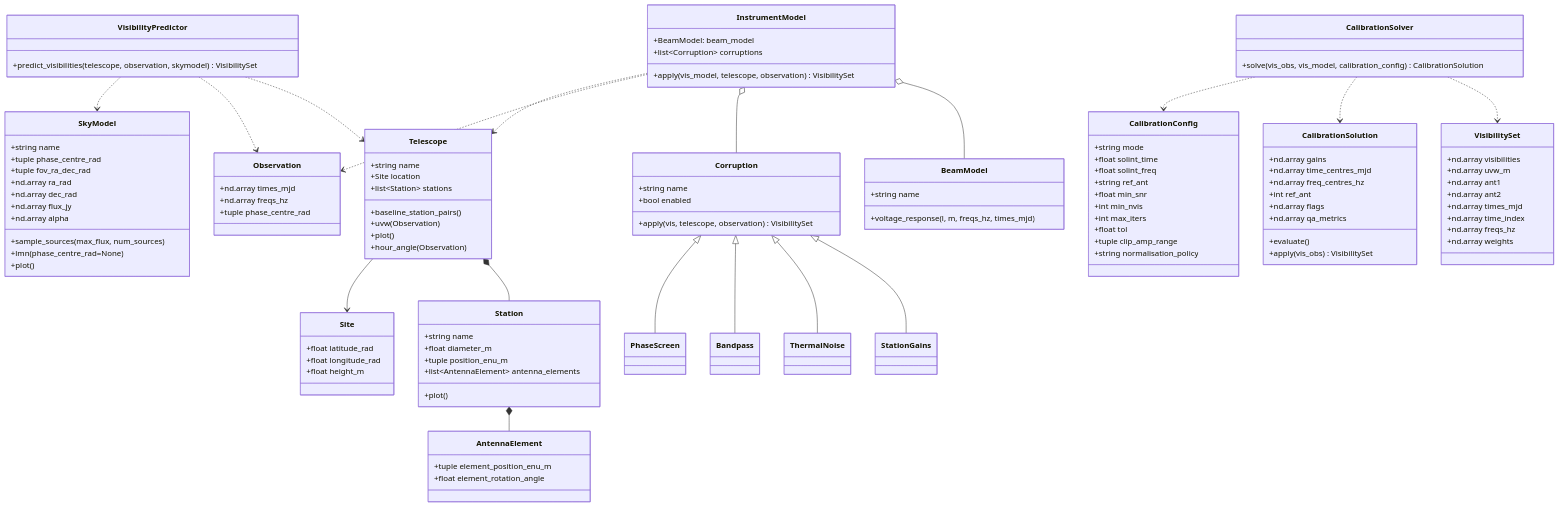
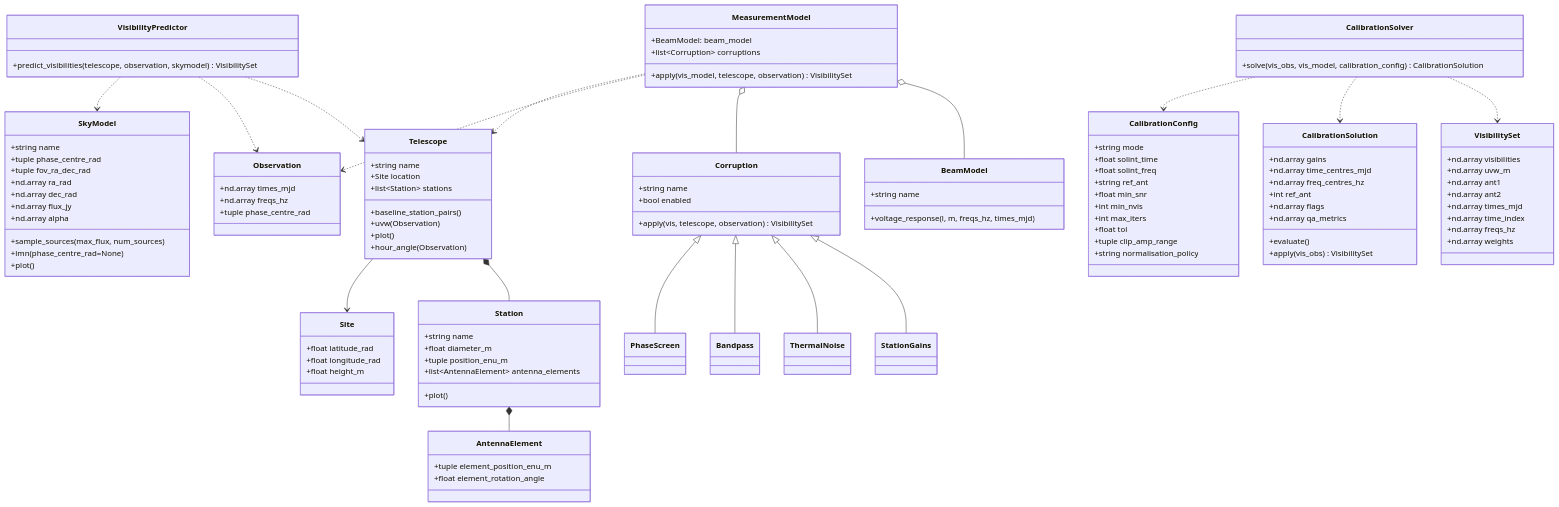
One commit to gemmadanks/radio-astronomy-playground changed the diagram in docs/architecture/diagrams/class-diagram.md. Above: the diagram before and after it, drawn with Mermaid. The commit also changed other lines of this file and 2 other files, not shown here.

Commit message:
docs: add domain concept for measurement model

```diff
--- a/docs/architecture/diagrams/class-diagram.md
+++ b/docs/architecture/diagrams/class-diagram.md
@@ -38,8 +38,8 @@
     VisibilityPredictor ..> Observation
     VisibilityPredictor ..> SkyModel
 
-    InstrumentModel o-- BeamModel
-    InstrumentModel o-- Corruption
+    MeasurementModel o-- BeamModel
+    MeasurementModel o-- Corruption
 
     Corruption <|-- StationGains
     Corruption <|-- ThermalNoise
@@ -50,8 +50,8 @@
     CalibrationSolver ..> CalibrationSolution
     CalibrationSolver ..> CalibrationConfig
 
-    InstrumentModel ..> Observation
-    InstrumentModel ..> Telescope
+    MeasurementModel ..> Observation
+    MeasurementModel ..> Telescope
 
     class Telescope{
         +string name
@@ -145,7 +145,7 @@
         +apply(vis_obs) VisibilitySet
     }
 
-    class InstrumentModel{
+    class MeasurementModel{
         +BeamModel: beam_model
         +list~Corruption~ corruptions
         +apply(vis_model, telescope, observation) VisibilitySet
```
